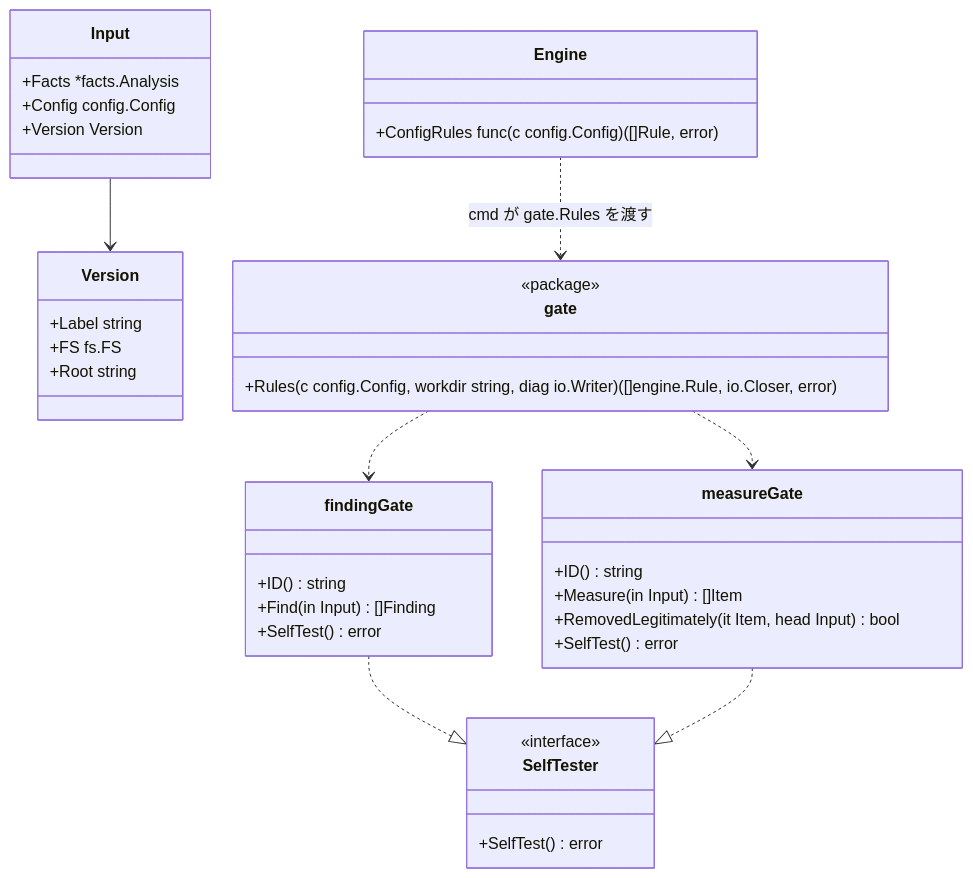
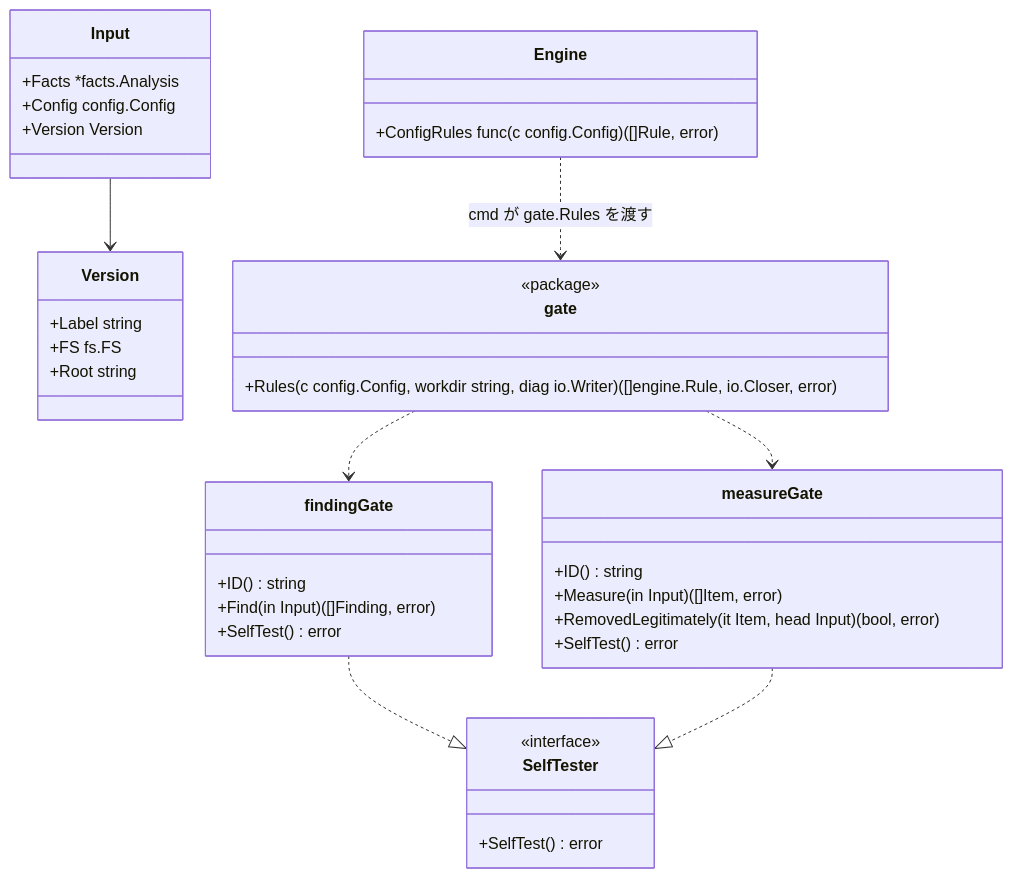
One commit to rerorets/hadome changed the diagram in docs/design/gates.ja.md. Above: the diagram before and after it, drawn with Mermaid. The commit also changed other lines of this file and 25 other files, not shown here.

````diff
--- a/docs/design/gates.ja.md
+++ b/docs/design/gates.ja.md
@@ -22,41 +22,41 @@
 ```mermaid
 classDiagram
   class Engine {
     +ConfigRules func(c config.Config) ([]Rule, error)
   }
   class Version {
     +Label string
     +FS fs.FS
     +Root string
   }
   class Input {
     +Facts *facts.Analysis
     +Config config.Config
     +Version Version
   }
   class SelfTester {
     <<interface>>
     +SelfTest() error
   }
   class findingGate {
     +ID() string
-    +Find(in Input) []Finding
+    +Find(in Input) ([]Finding, error)
     +SelfTest() error
   }
   class measureGate {
     +ID() string
-    +Measure(in Input) []Item
-    +RemovedLegitimately(it Item, head Input) bool
+    +Measure(in Input) ([]Item, error)
+    +RemovedLegitimately(it Item, head Input) (bool, error)
     +SelfTest() error
   }
   class gate {
     <<package>>
     +Rules(c config.Config, workdir string, diag io.Writer) ([]engine.Rule, io.Closer, error)
   }
   Engine ..> gate : cmd が gate.Rules を渡す
   findingGate ..|> SelfTester
   measureGate ..|> SelfTester
   gate ..> findingGate
   gate ..> measureGate
   Input --> Version
 ```
````
